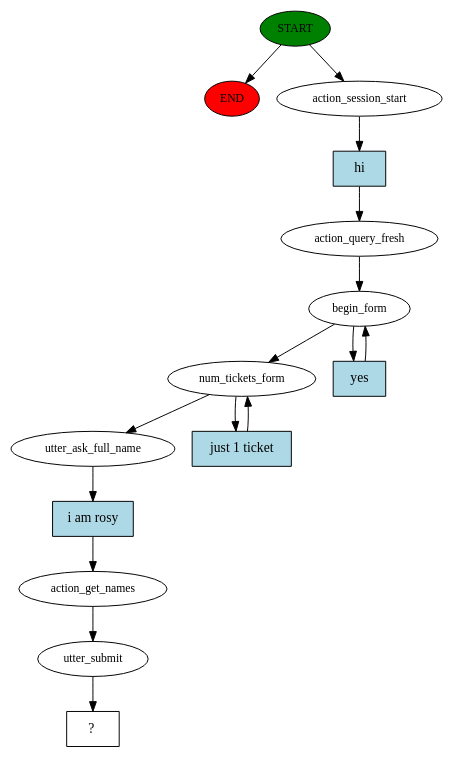
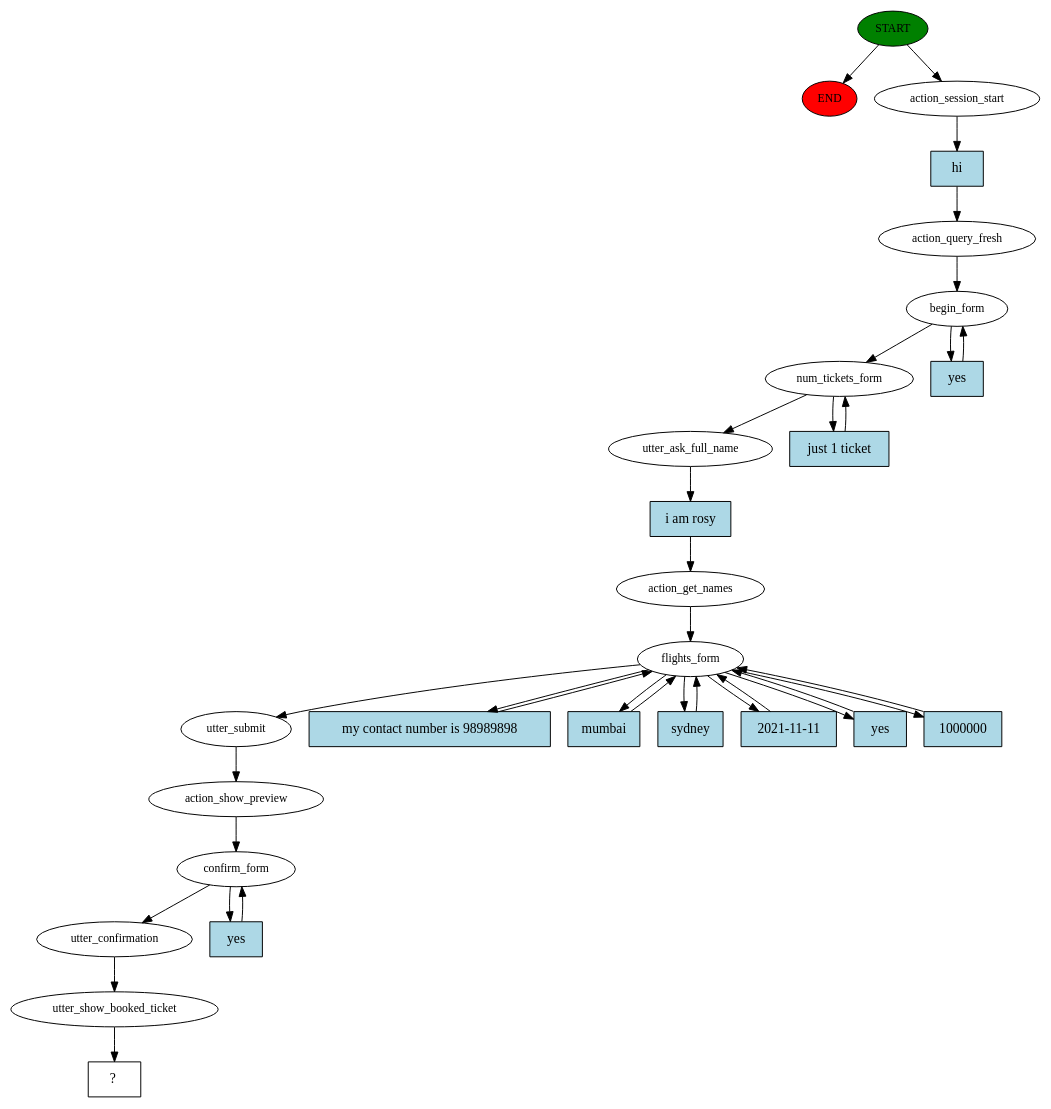
The diagram in rasa_main/story_graph.dot (vishalw-iitk/Rasa_flight_tickets), drawn with Graphviz before and after one commit. The commit also changed 3 other files, not shown here.

Commit message:
just 1 ticket : flow for 1 ticket working end to end

```diff
--- a/rasa_main/story_graph.dot
+++ b/rasa_main/story_graph.dot
@@ -1,31 +1,62 @@
 digraph  {
 0 [class="start active", fillcolor=green, fontsize=12, label=START, style=filled];
 "-1" [class=end, fillcolor=red, fontsize=12, label=END, style=filled];
 1 [class=active, fontsize=12, label=action_session_start];
 2 [class=active, fontsize=12, label=action_query_fresh];
 3 [class=active, fontsize=12, label=begin_form];
 5 [class=active, fontsize=12, label=num_tickets_form];
 7 [class=active, fontsize=12, label=utter_ask_full_name];
 8 [class=active, fontsize=12, label=action_get_names];
-9 [class=active, fontsize=12, label=utter_submit];
-10 [class="intent dashed active", label="  ?  ", shape=rect];
-11 [class="intent active", fillcolor=lightblue, label=hi, shape=rect, style=filled];
-12 [class="intent active", fillcolor=lightblue, label=yes, shape=rect, style=filled];
-13 [class="intent active", fillcolor=lightblue, label="just 1 ticket", shape=rect, style=filled];
-14 [class="intent active", fillcolor=lightblue, label="i am rosy", shape=rect, style=filled];
+9 [class=active, fontsize=12, label=flights_form];
+17 [class=active, fontsize=12, label=utter_submit];
+18 [class=active, fontsize=12, label=action_show_preview];
+19 [class=active, fontsize=12, label=confirm_form];
+21 [class=active, fontsize=12, label=utter_confirmation];
+22 [class=active, fontsize=12, label=utter_show_booked_ticket];
+23 [class="intent dashed active", label="  ?  ", shape=rect];
+24 [class="intent active", fillcolor=lightblue, label=hi, shape=rect, style=filled];
+25 [class="intent active", fillcolor=lightblue, label=yes, shape=rect, style=filled];
+26 [class="intent active", fillcolor=lightblue, label="just 1 ticket", shape=rect, style=filled];
+27 [class="intent active", fillcolor=lightblue, label="i am rosy", shape=rect, style=filled];
+28 [class="intent active", fillcolor=lightblue, label="my contact number is 98989898", shape=rect, style=filled];
+29 [class="intent active", fillcolor=lightblue, label=mumbai, shape=rect, style=filled];
+30 [class="intent active", fillcolor=lightblue, label=sydney, shape=rect, style=filled];
+31 [class="intent active", fillcolor=lightblue, label="2021-11-11", shape=rect, style=filled];
+32 [class="intent active", fillcolor=lightblue, label=yes, shape=rect, style=filled];
+33 [class="intent active", fillcolor=lightblue, label=1000000, shape=rect, style=filled];
+34 [class="intent active", fillcolor=lightblue, label=yes, shape=rect, style=filled];
 0 -> "-1"  [class="", key=NONE, label=""];
 0 -> 1  [class=active, key=NONE, label=""];
-1 -> 11  [class=active, key=0];
+1 -> 24  [class=active, key=0];
 2 -> 3  [class=active, key=NONE, label=""];
 3 -> 5  [class=active, key=NONE, label=""];
-3 -> 12  [class=active, key=0];
+3 -> 25  [class=active, key=0];
 5 -> 7  [class=active, key=NONE, label=""];
-5 -> 13  [class=active, key=0];
-7 -> 14  [class=active, key=0];
+5 -> 26  [class=active, key=0];
+7 -> 27  [class=active, key=0];
 8 -> 9  [class=active, key=NONE, label=""];
-9 -> 10  [class=active, key=NONE, label=""];
-11 -> 2  [class=active, key=0];
-12 -> 3  [class=active, key=0];
-13 -> 5  [class=active, key=0];
-14 -> 8  [class=active, key=0];
+9 -> 17  [class=active, key=NONE, label=""];
+9 -> 28  [class=active, key=0];
+9 -> 29  [class=active, key=0];
+9 -> 30  [class=active, key=0];
+9 -> 31  [class=active, key=0];
+9 -> 32  [class=active, key=0];
+9 -> 33  [class=active, key=0];
+17 -> 18  [class=active, key=NONE, label=""];
+18 -> 19  [class=active, key=NONE, label=""];
+19 -> 21  [class=active, key=NONE, label=""];
+19 -> 34  [class=active, key=0];
+21 -> 22  [class=active, key=NONE, label=""];
+22 -> 23  [class=active, key=NONE, label=""];
+24 -> 2  [class=active, key=0];
+25 -> 3  [class=active, key=0];
+26 -> 5  [class=active, key=0];
+27 -> 8  [class=active, key=0];
+28 -> 9  [class=active, key=0];
+29 -> 9  [class=active, key=0];
+30 -> 9  [class=active, key=0];
+31 -> 9  [class=active, key=0];
+32 -> 9  [class=active, key=0];
+33 -> 9  [class=active, key=0];
+34 -> 19  [class=active, key=0];
 }
```
